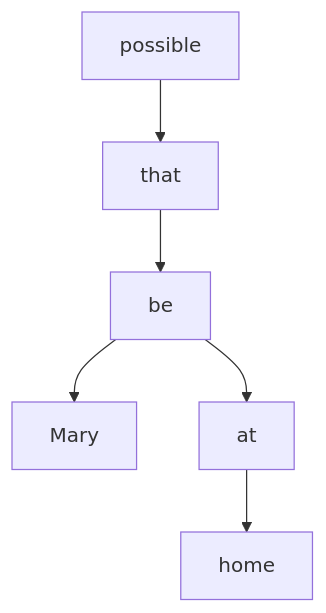
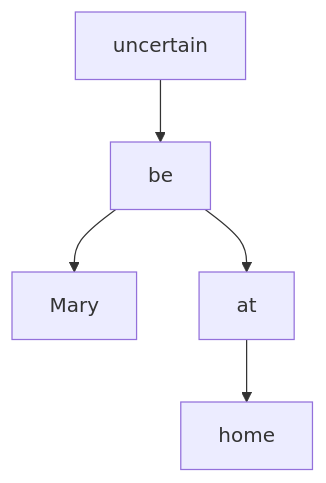
The first of 3 diagrams in Palmer2001/chapter-1.md (maglocvnus/verbs), drawn with Mermaid before and after one commit. The commit also changed other lines of this file, not shown here.

````diff
--- a/Palmer2001/chapter-1.md
+++ b/Palmer2001/chapter-1.md
@@ -41,8 +41,7 @@
 ```mermaid
 graph TD
-  possible --> that
-  that --> be
+  uncertain --> be
   be --> Mary
   be --> at
   at --> home
 ```
````
